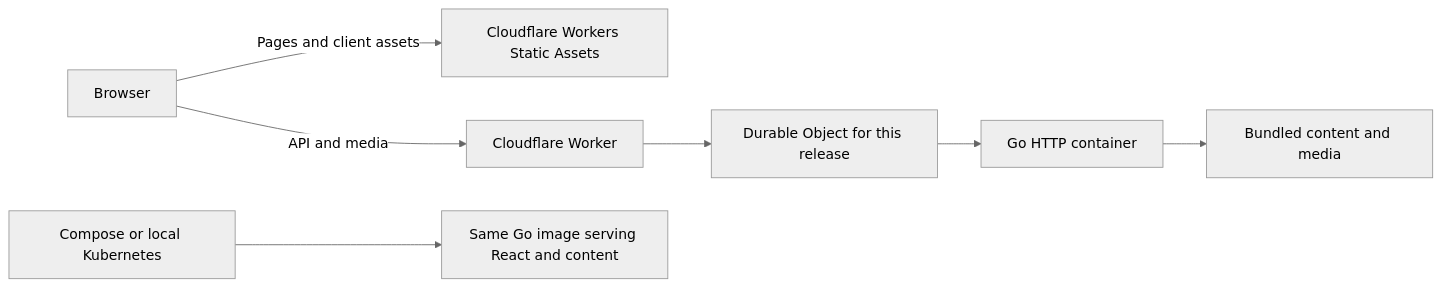
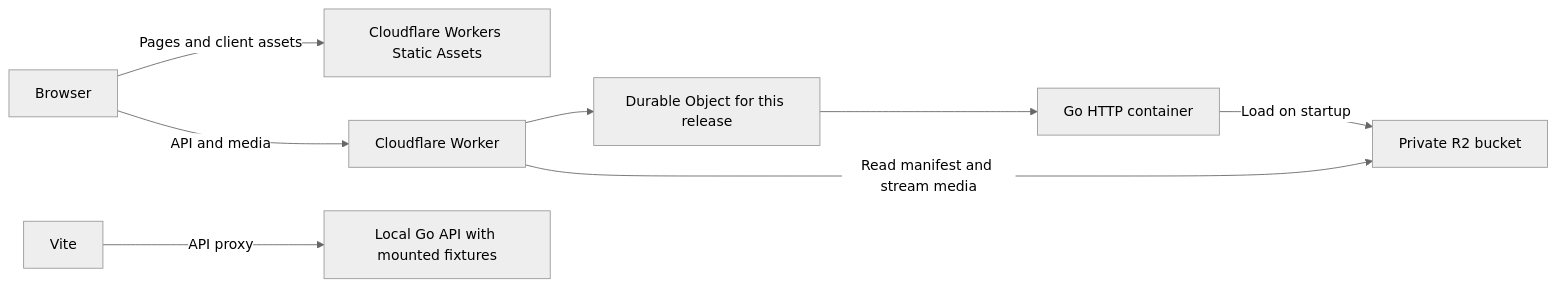
The diagram in docs/README.md (wtburdon/bill-I-am), drawn with Mermaid (neutral theme) before and after one commit. The commit also changed other lines of this file and 36 other files, not shown here.

````diff
--- a/docs/README.md
+++ b/docs/README.md
@@ -22,9 +22,10 @@
 ```mermaid
 flowchart LR
     B[Browser] -->|Pages and client assets| A[Cloudflare Workers Static Assets]
     B -->|API and media| W[Cloudflare Worker]
     W --> D[Durable Object for this release]
     D --> G[Go HTTP container]
-    G --> C[Bundled content and media]
-    L[Compose or local Kubernetes] --> P[Same Go image serving React and content]
+    G -->|Load on startup| R[Private R2 bucket]
+    W -->|Read manifest and stream media| R
+    V[Vite] -->|API proxy| L[Local Go API with mounted fixtures]
 ```
````
